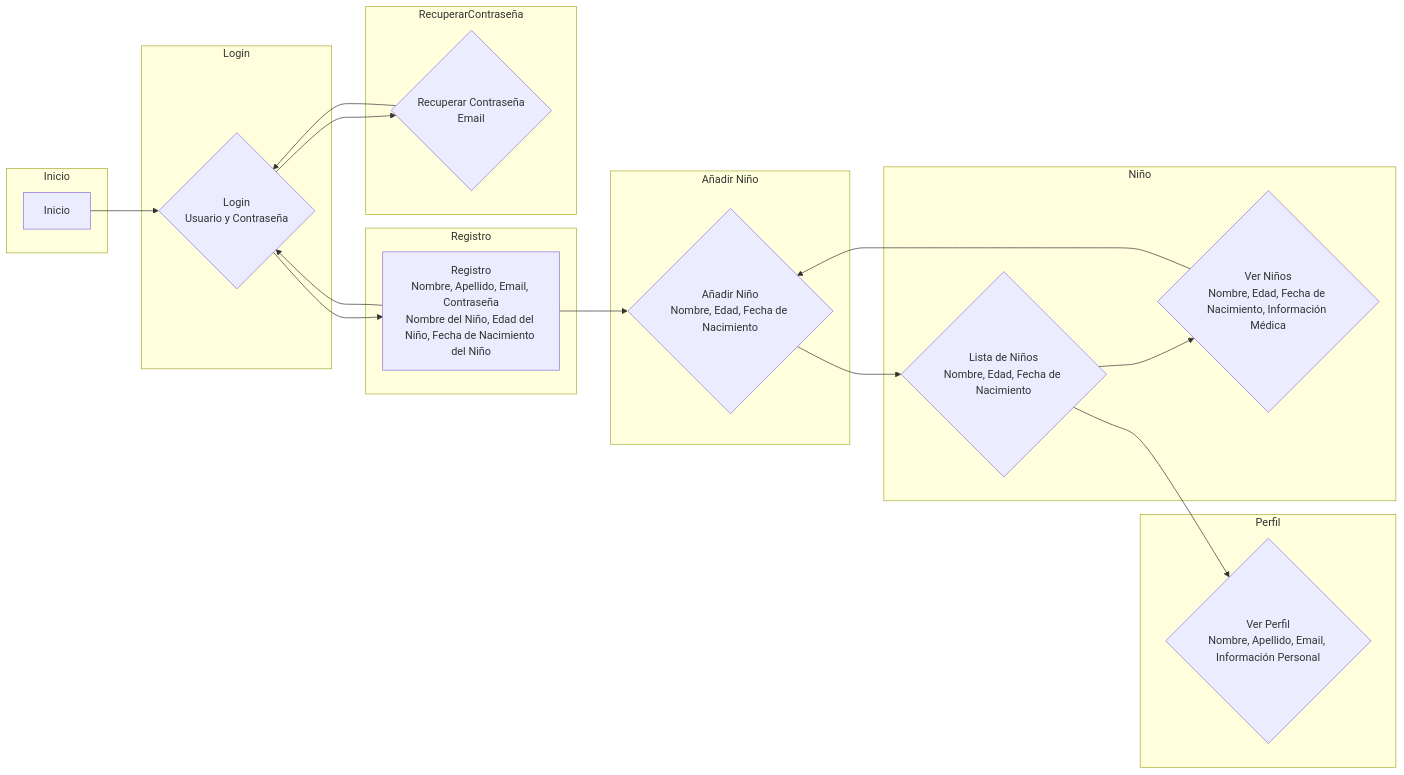
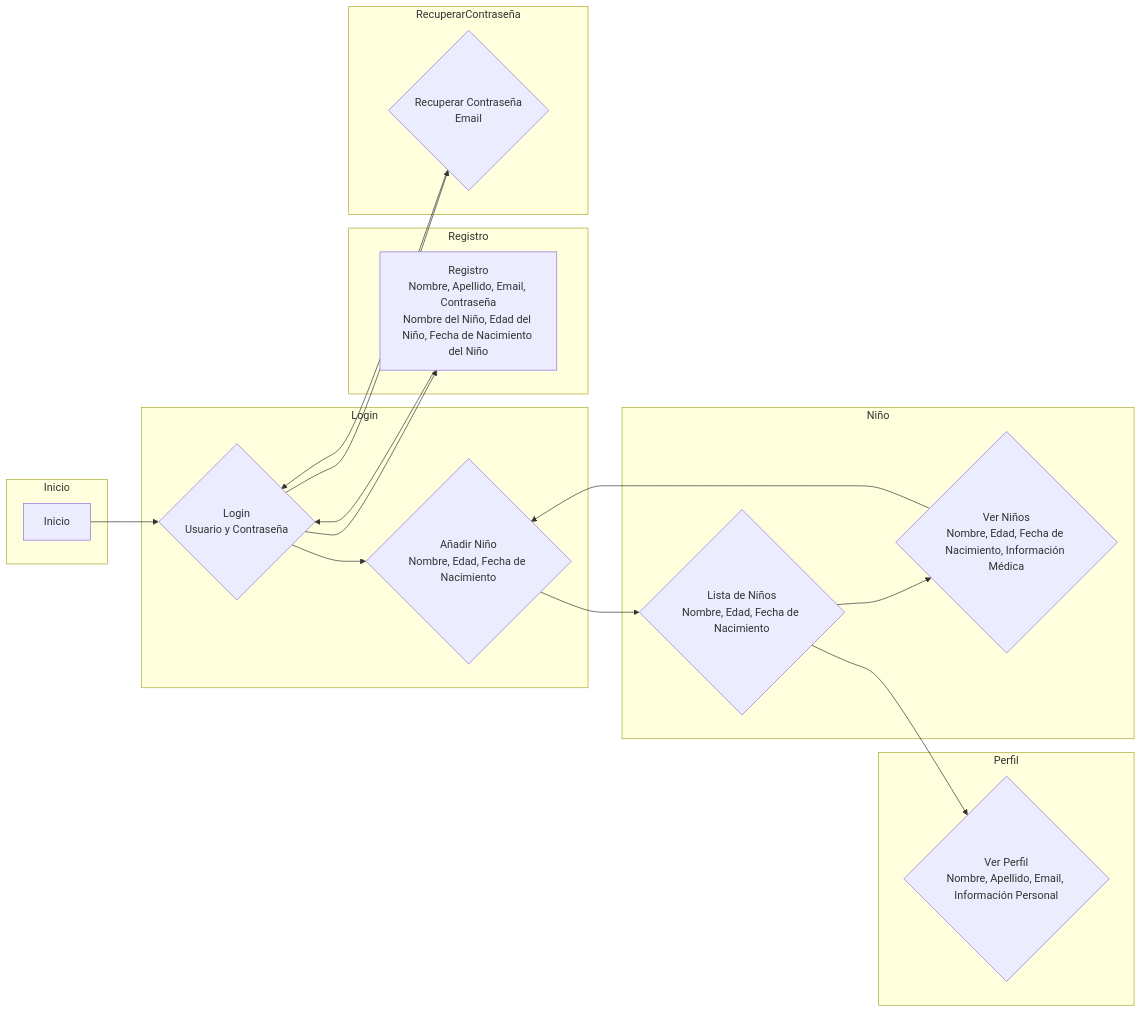
The diagram in Prototype1/DiagramaVista.mermaid (mactiburon/tapatapp), drawn with Mermaid before and after one commit.

Commit message:
DiagramaVista.mermaid

```diff
--- a/Prototype1/DiagramaVista.mermaid
+++ b/Prototype1/DiagramaVista.mermaid
@@ -1,34 +1,32 @@
 graph LR
     subgraph Inicio
         A[Inicio]
     end
     subgraph Login
         B{Login<br>Usuario y Contraseña}
+        H{Añadir Niño<br>Nombre, Edad, Fecha de Nacimiento}
     end
     subgraph Registro
         C[Registro<br>Nombre, Apellido, Email, Contraseña<br>Nombre del Niño, Edad del Niño, Fecha de Nacimiento del Niño]
     end
     subgraph RecuperarContraseña
         D{Recuperar Contraseña<br>Email}
     end
     subgraph Perfil
         F{Ver Perfil<br>Nombre, Apellido, Email, Información Personal}
     end
     subgraph Niño
         I{Lista de Niños<br>Nombre, Edad, Fecha de Nacimiento}
         G{Ver Niños<br>Nombre, Edad, Fecha de Nacimiento, Información Médica}
     end
-    subgraph Añadir Niño
-        H{Añadir Niño<br>Nombre, Edad, Fecha de Nacimiento}
-    end
 
     A --> B
     B --> C
     B --> D
     C --> B
     D --> B
-    C --> H
+    B --> H
     H --> I
     I --> G
     G --> H
     I --> F
```
